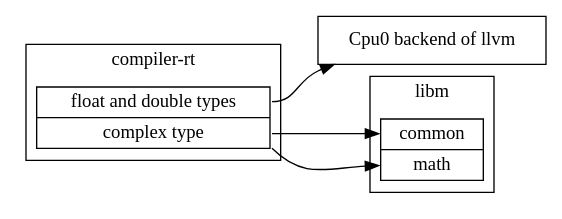
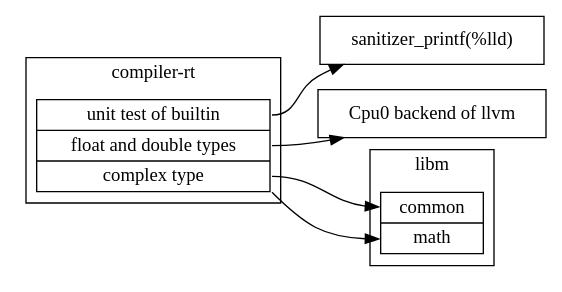
Before and after one commit to Jonathan2251/lbt: the diagram in Fig/lib/compiler-rt-dep-short.gv, drawn with Graphviz. The commit also changed 2 other files, not shown here.

Commit message:
lib.rst: compiler-rt-dep.gv

```diff
--- a/Fig/lib/compiler-rt-dep-short.gv
+++ b/Fig/lib/compiler-rt-dep-short.gv
@@ -1,23 +1,25 @@
 // dot -Tpng compiler-rt-dep-short.gv -o compiler-rt-dep-short.png
 digraph G {
   rankdir=LR;
 
   compound=true;
   node [shape=record];
 
   subgraph cluster_compiler_rt {
     label = "compiler-rt";
-    compiler_rt [label="<fdt> float and double types | <ct> complex type"];
+    compiler_rt [label="<ut> unit test of builtin | <fdt> float and double types | <ct> complex type"];
   }
 
+  node [label = "sanitizer_printf(%lld)"]; sanitizer_printf;
   node [label = "Cpu0 backend of llvm"]; cpu0;
 
   subgraph cluster_libm {
     label = "libm";
     libm [label="<c> common | <ma> math"];
   }
 
   compiler_rt:ct -> libm:c;
   compiler_rt:ct:se -> libm:ma;
   compiler_rt:fdt -> cpu0;
+  compiler_rt:ut -> sanitizer_printf;
 }
```
